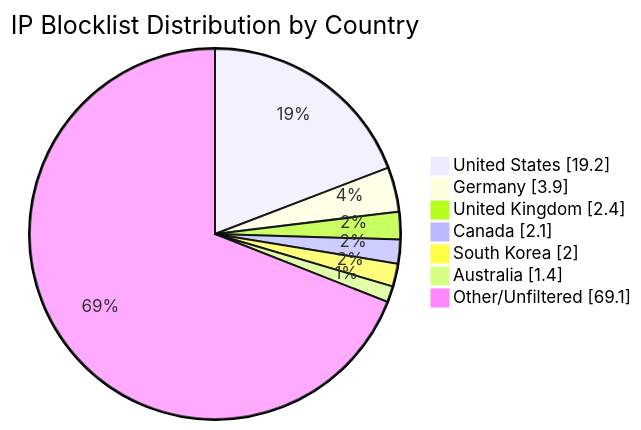
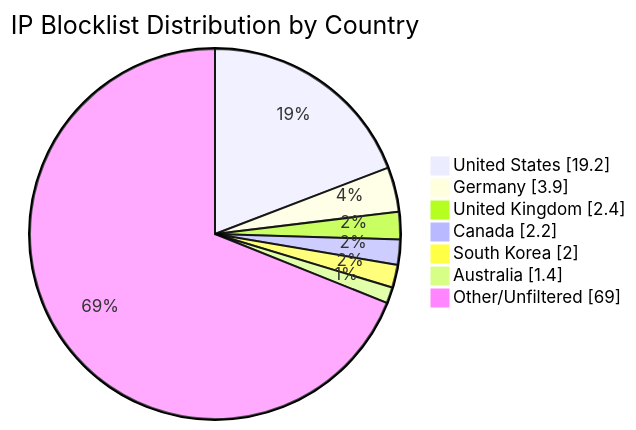
One commit to MarcusHoltz/ipblocklist-geofiltered-aggregator changed the diagram in README.md. Above: the diagram before and after it, drawn with Mermaid. The commit also changed other lines of this file and 9 other files, not shown here.

````diff
--- a/README.md
+++ b/README.md
@@ -34,10 +34,10 @@
 ```mermaid
 pie showData title IP Blocklist Distribution by Country
 "United States" : 19.2
 "Germany" : 3.9
 "United Kingdom" : 2.4
-"Canada" : 2.1
+"Canada" : 2.2
 "South Korea" : 2.0
 "Australia" : 1.4
-"Other/Unfiltered" : 69.1
+"Other/Unfiltered" : 69.0
 ```
````
